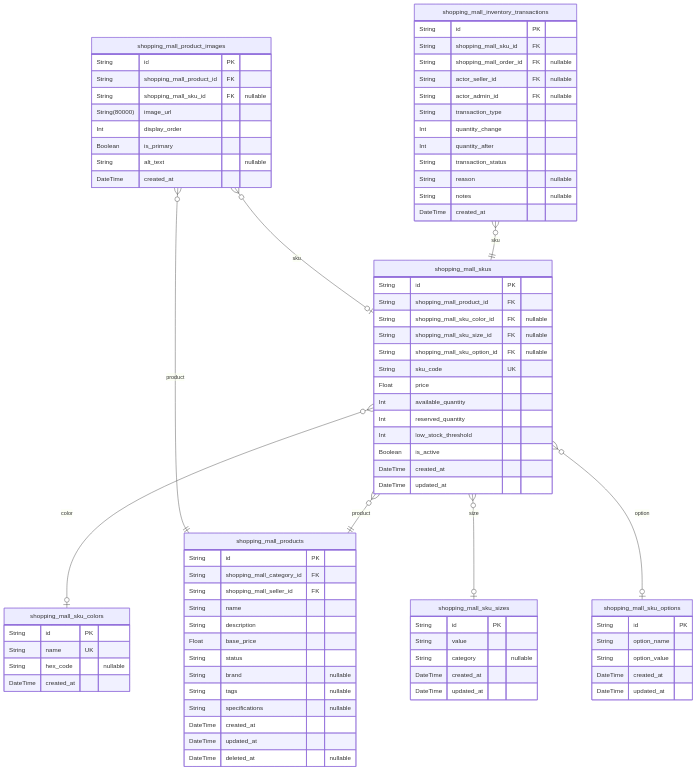
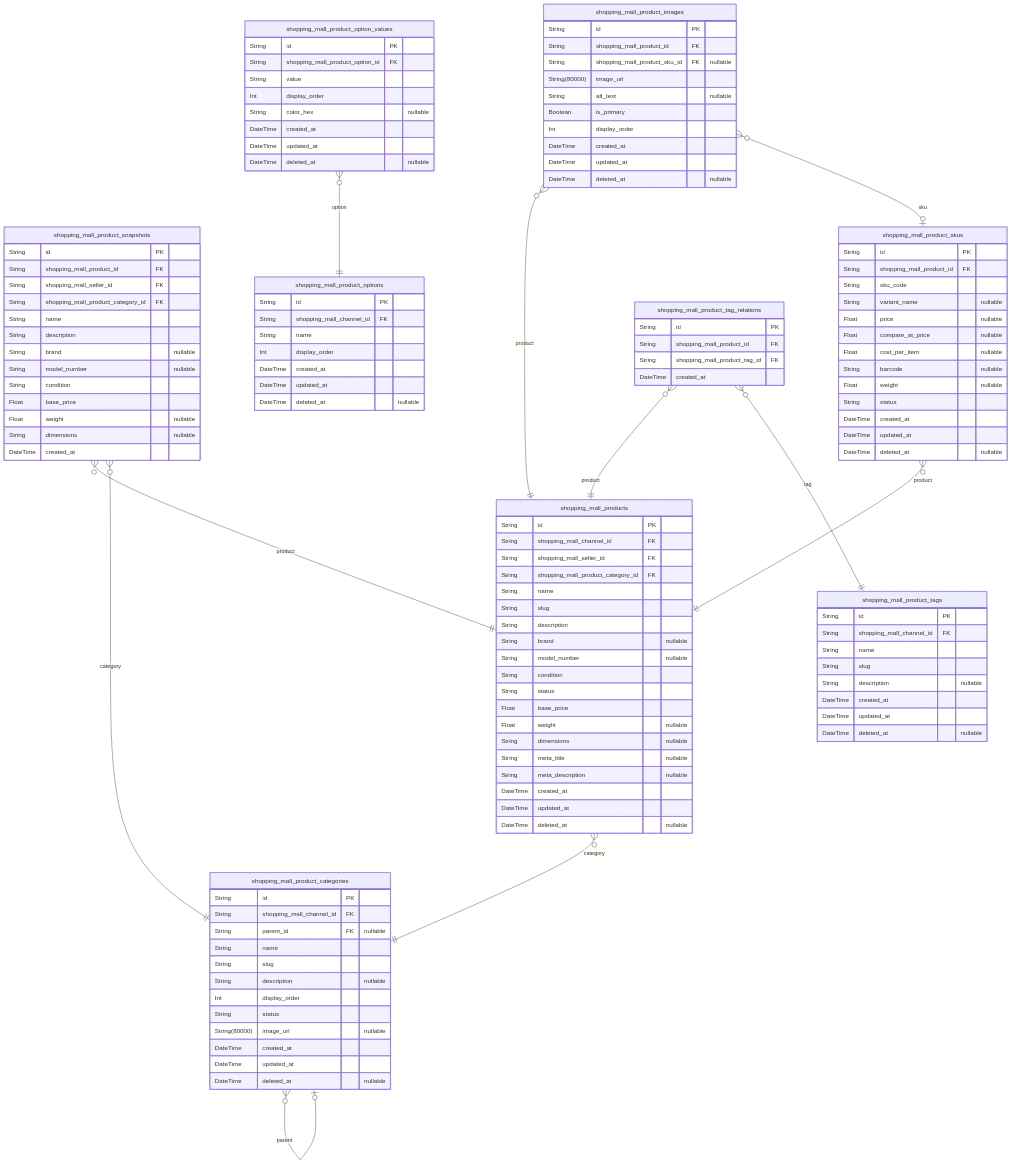
The third of 10 diagrams in anthropic/claude-sonnet-4.5/shopping/docs/ERD.md (wrtnlabs/autobe-examples), drawn with Mermaid before and after one commit. The commit also changed other lines of this file and 16146 other files, not shown here.

````diff
--- a/anthropic/claude-sonnet-4.5/shopping/docs/ERD.md
+++ b/anthropic/claude-sonnet-4.5/shopping/docs/ERD.md
@@ -816,84 +544,125 @@
 ```mermaid
 erDiagram
-"shopping_mall_products" {
+"shopping_mall_product_categories" {
   String id PK
-  String shopping_mall_category_id FK
-  String shopping_mall_seller_id FK
+  String shopping_mall_channel_id FK
+  String parent_id FK "nullable"
   String name
-  String description
-  Float base_price
+  String slug
+  String description "nullable"
+  Int display_order
   String status
-  String brand "nullable"
-  String tags "nullable"
-  String specifications "nullable"
+  String(80000) image_url "nullable"
   DateTime created_at
   DateTime updated_at
   DateTime deleted_at "nullable"
 }
-"shopping_mall_skus" {
+"shopping_mall_products" {
+  String id PK
+  String shopping_mall_channel_id FK
+  String shopping_mall_seller_id FK
+  String shopping_mall_product_category_id FK
+  String name
+  String slug
+  String description
+  String brand "nullable"
+  String model_number "nullable"
+  String condition
+  String status
+  Float base_price
+  Float weight "nullable"
+  String dimensions "nullable"
+  String meta_title "nullable"
+  String meta_description "nullable"
+  DateTime created_at
+  DateTime updated_at
+  DateTime deleted_at "nullable"
+}
+"shopping_mall_product_snapshots" {
   String id PK
   String shopping_mall_product_id FK
-  String shopping_mall_sku_color_id FK "nullable"
-  String shopping_mall_sku_size_id FK "nullable"
-  String shopping_mall_sku_option_id FK "nullable"
-  String sku_code UK
-  Float price
-  Int available_quantity
-  Int reserved_quantity
-  Int low_stock_threshold
-  Boolean is_active
+  String shopping_mall_seller_id FK
+  String shopping_mall_product_category_id FK
+  String name
+  String description
+  String brand "nullable"
+  String model_number "nullable"
+  String condition
+  Float base_price
+  Float weight "nullable"
+  String dimensions "nullable"
+  DateTime created_at
+}
+"shopping_mall_product_options" {
+  String id PK
+  String shopping_mall_channel_id FK
+  String name
+  Int display_order
   DateTime created_at
   DateTime updated_at
+  DateTime deleted_at "nullable"
 }
-"shopping_mall_sku_colors" {
+"shopping_mall_product_option_values" {
   String id PK
-  String name UK
-  String hex_code "nullable"
-  DateTime created_at
-}
-"shopping_mall_sku_sizes" {
-  String id PK
+  String shopping_mall_product_option_id FK
   String value
-  String category "nullable"
+  Int display_order
+  String color_hex "nullable"
   DateTime created_at
   DateTime updated_at
+  DateTime deleted_at "nullable"
 }
-"shopping_mall_sku_options" {
+"shopping_mall_product_skus" {
   String id PK
-  String option_name
-  String option_value
+  String shopping_mall_product_id FK
+  String sku_code
+  String variant_name "nullable"
+  Float price "nullable"
+  Float compare_at_price "nullable"
+  Float cost_per_item "nullable"
+  String barcode "nullable"
+  Float weight "nullable"
+  String status
   DateTime created_at
   DateTime updated_at
-}
-"shopping_mall_inventory_transactions" {
-  String id PK
-  String shopping_mall_sku_id FK
-  String shopping_mall_order_id FK "nullable"
-  String actor_seller_id FK "nullable"
-  String actor_admin_id FK "nullable"
-  String transaction_type
-  Int quantity_change
-  Int quantity_after
-  String transaction_status
-  String reason "nullable"
-  String notes "nullable"
-  DateTime created_at
+  DateTime deleted_at "nullable"
 }
 "shopping_mall_product_images" {
   String id PK
   String shopping_mall_product_id FK
-  String shopping_mall_sku_id FK "nullable"
+  String shopping_mall_product_sku_id FK "nullable"
   String(80000) image_url
+  String alt_text "nullable"
+  Boolean is_primary
   Int display_order
-  Boolean is_primary
-  String alt_text "nullable"
+  DateTime created_at
+  DateTime updated_at
+  DateTime deleted_at "nullable"
+}
+"shopping_mall_product_tags" {
+  String id PK
+  String shopping_mall_channel_id FK
+  String name
+  String slug
+  String description "nullable"
+  DateTime created_at
+  DateTime updated_at
+  DateTime deleted_at "nullable"
+}
+"shopping_mall_product_tag_relations" {
+  String id PK
+  String shopping_mall_product_id FK
+  String shopping_mall_product_tag_id FK
   DateTime created_at
 }
-"shopping_mall_skus" }o--|| "shopping_mall_products" : product
-"shopping_mall_skus" }o--o| "shopping_mall_sku_colors" : color
-"shopping_mall_skus" }o--o| "shopping_mall_sku_sizes" : size
-"shopping_mall_skus" }o--o| "shopping_mall_sku_options" : option
-"shopping_mall_inventory_transactions" }o--|| "shopping_mall_skus" : sku
+"shopping_mall_product_categories" }o--o| "shopping_mall_product_categories" : parent
+"shopping_mall_products" }o--|| "shopping_mall_product_categories" : category
+"shopping_mall_product_snapshots" }o--|| "shopping_mall_products" : product
+"shopping_mall_product_snapshots" }o--|| "shopping_mall_product_categories" : category
+"shopping_mall_product_option_values" }o--|| "shopping_mall_product_options" : option
+"shopping_mall_product_skus" }o--|| "shopping_mall_products" : product
 "shopping_mall_product_images" }o--|| "shopping_mall_products" : product
-"shopping_mall_product_images" }o--o| "shopping_mall_skus" : sku
+"shopping_mall_product_images" }o--o| "shopping_mall_product_skus" : sku
+"shopping_mall_product_tag_relations" }o--|| "shopping_mall_products" : product
+"shopping_mall_product_tag_relations" }o--|| "shopping_mall_product_tags" : tag
 ```
````
